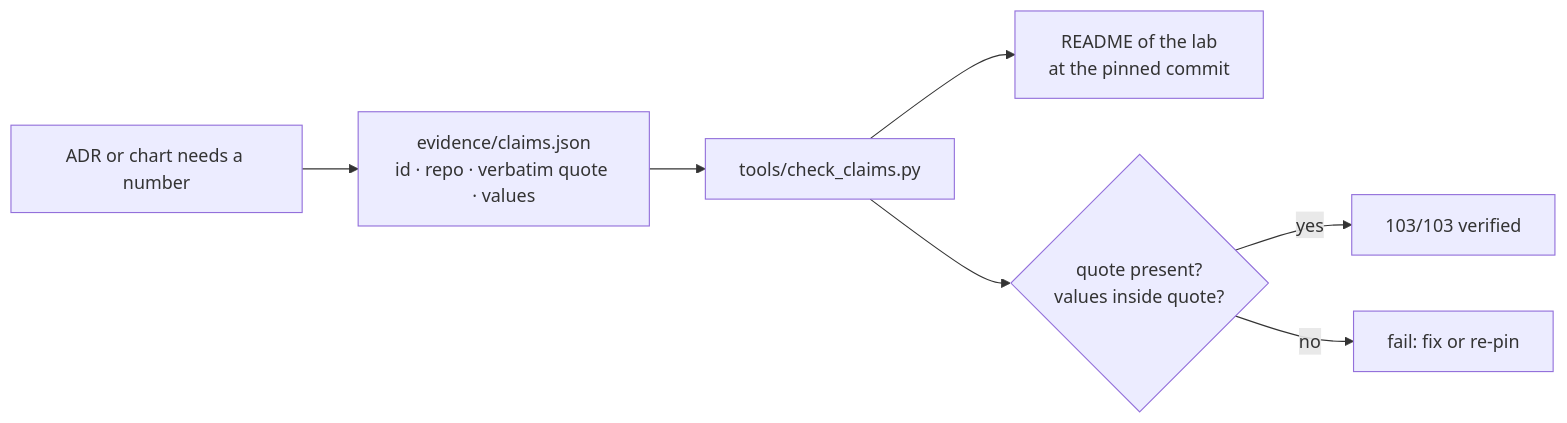
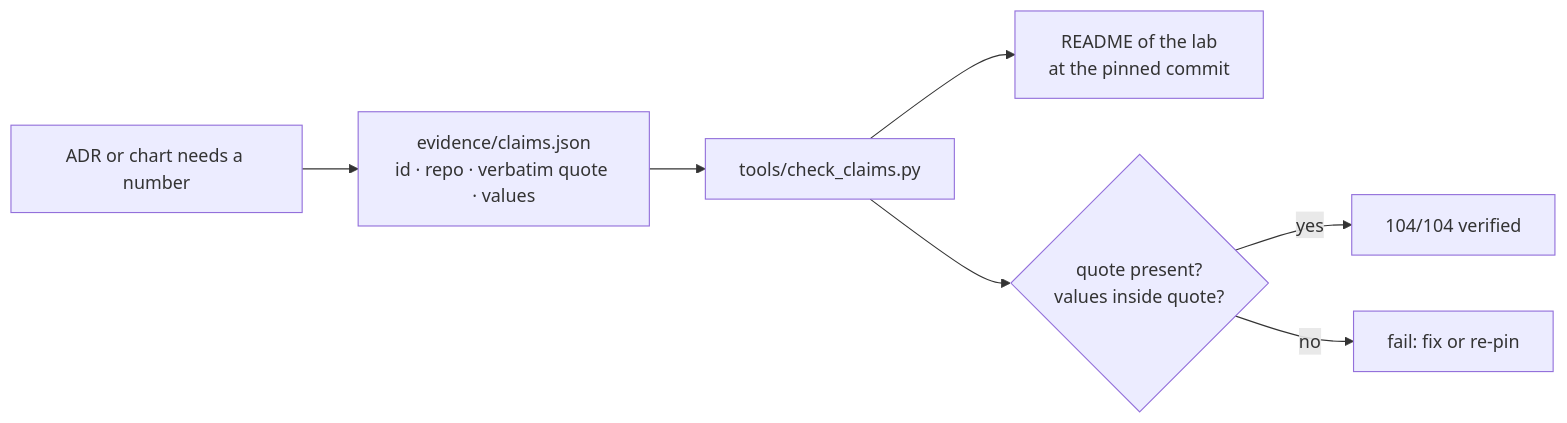
The second of 2 diagrams in README.md (masterfabric/masterfabric-data-architecture-adr), drawn with Mermaid before and after one commit. The commit also changed other lines of this file and 1 other file, not shown here.

Commit message:
docs(readme): 104/104 verified, thirteen panels, six diagrams, DSR in governance; timeline follow-up

````diff
--- a/README.md
+++ b/README.md
@@ -128,9 +129,9 @@
 ```mermaid
 flowchart LR
   A[ADR or chart needs a number] --> C[evidence/claims.json<br/>id · repo · verbatim quote · values]
   C --> K[tools/check_claims.py]
   K --> G[README of the lab<br/>at the pinned commit]
   K --> V{quote present?<br/>values inside quote?}
-  V -- yes --> OK[103/103 verified]
+  V -- yes --> OK[104/104 verified]
   V -- no --> F[fail: fix or re-pin]
 ```
````
